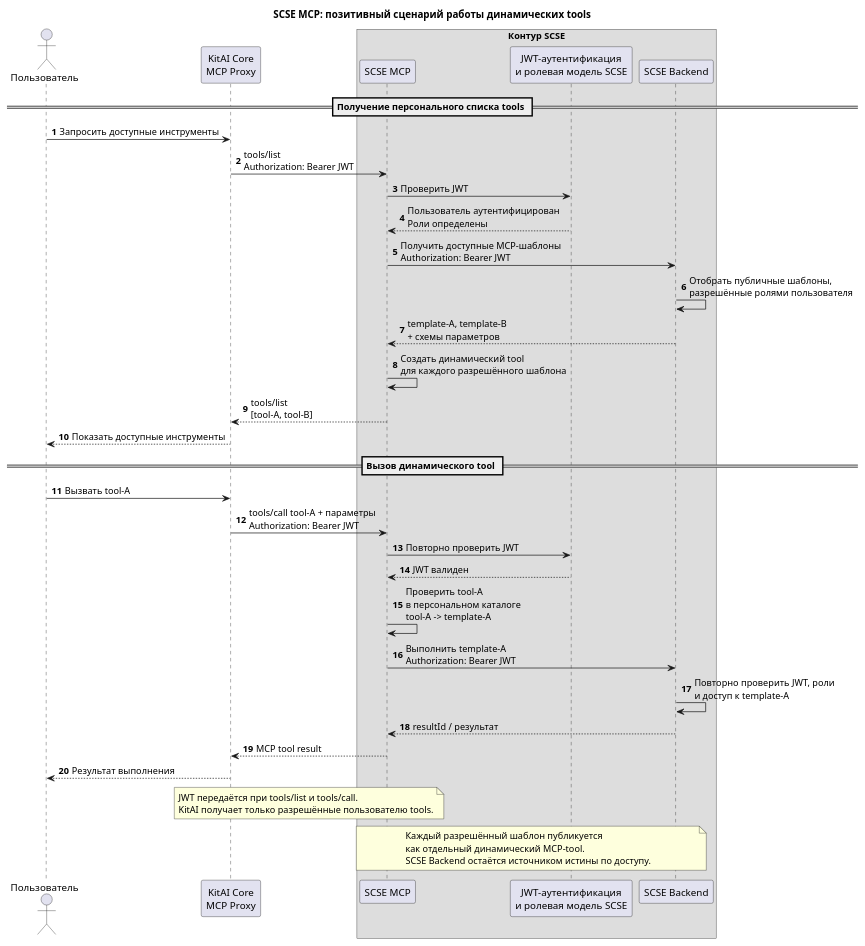
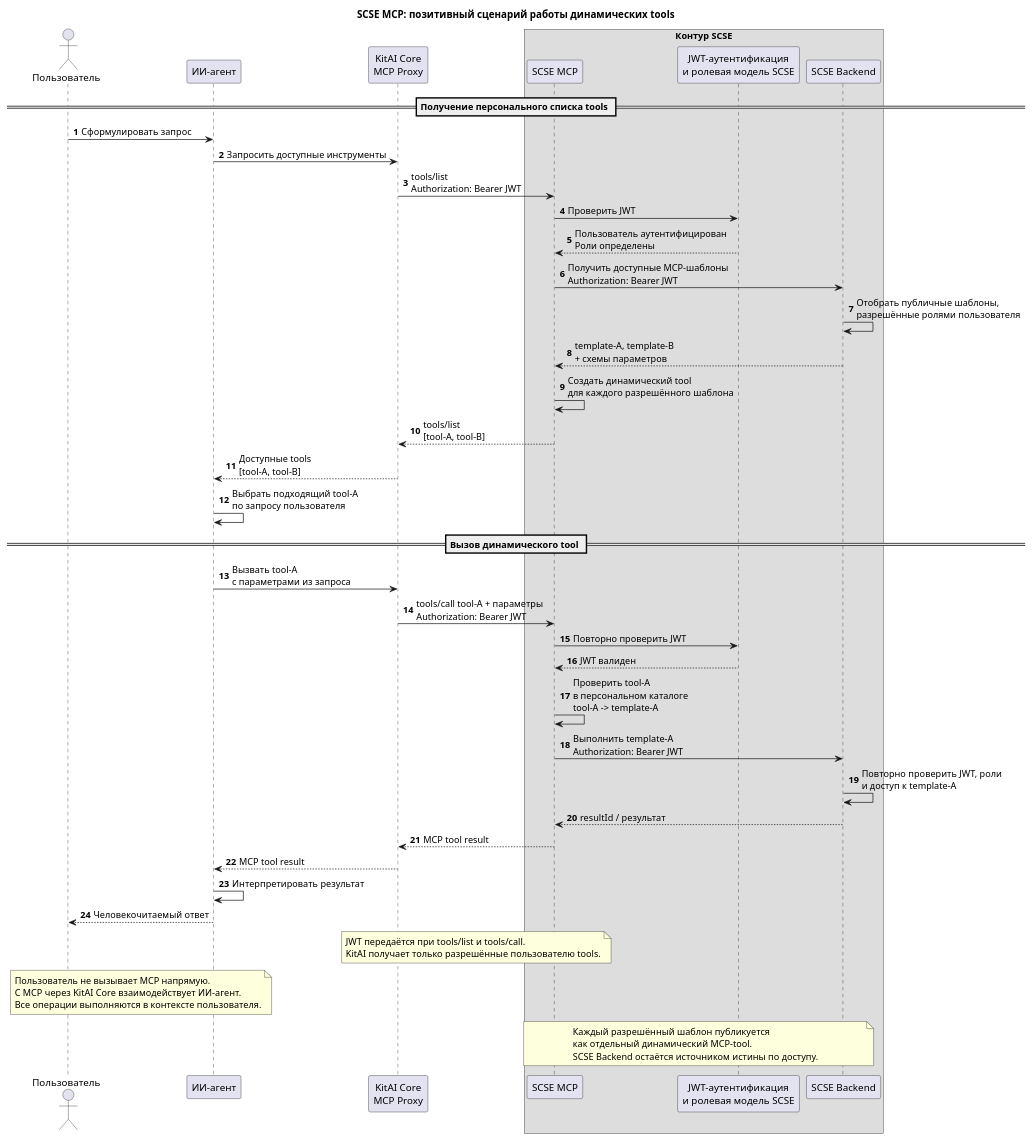
The diagram in docs/kitai-scse-dynamic-tools-positive.puml (VeronikaOxyt/search-service-mcp), drawn with PlantUML before and after one commit. The commit also changed 1 other file, not shown here.

Commit message:
Show AI agent in dynamic tool flows

```diff
--- a/docs/kitai-scse-dynamic-tools-positive.puml
+++ b/docs/kitai-scse-dynamic-tools-positive.puml
@@ -1,59 +1,70 @@
 @startuml
 title SCSE MCP: позитивный сценарий работы динамических tools
 
 autonumber
 
 actor "Пользователь" as User
+participant "ИИ-агент" as Agent
 participant "KitAI Core\nMCP Proxy" as Core
 
 box "Контур SCSE"
     participant "SCSE MCP" as MCP
     participant "JWT-аутентификация\nи ролевая модель SCSE" as Auth
     participant "SCSE Backend" as Backend
 end box
 
 == Получение персонального списка tools ==
 
-User -> Core : Запросить доступные инструменты
+User -> Agent : Сформулировать запрос
+Agent -> Core : Запросить доступные инструменты
 Core -> MCP : tools/list\nAuthorization: Bearer JWT
 
 MCP -> Auth : Проверить JWT
 Auth --> MCP : Пользователь аутентифицирован\nРоли определены
 
 MCP -> Backend : Получить доступные MCP-шаблоны\nAuthorization: Bearer JWT
 Backend -> Backend : Отобрать публичные шаблоны,\nразрешённые ролями пользователя
 Backend --> MCP : template-A, template-B\n+ схемы параметров
 
 MCP -> MCP : Создать динамический tool\nдля каждого разрешённого шаблона
 MCP --> Core : tools/list\n[tool-A, tool-B]
-Core --> User : Показать доступные инструменты
+Core --> Agent : Доступные tools\n[tool-A, tool-B]
+Agent -> Agent : Выбрать подходящий tool-A\nпо запросу пользователя
 
 == Вызов динамического tool ==
 
-User -> Core : Вызвать tool-A
+Agent -> Core : Вызвать tool-A\nс параметрами из запроса
 Core -> MCP : tools/call tool-A + параметры\nAuthorization: Bearer JWT
 
 MCP -> Auth : Повторно проверить JWT
 Auth --> MCP : JWT валиден
 
 MCP -> MCP : Проверить tool-A\nв персональном каталоге\ntool-A -> template-A
 
 MCP -> Backend : Выполнить template-A\nAuthorization: Bearer JWT
 Backend -> Backend : Повторно проверить JWT, роли\nи доступ к template-A
 Backend --> MCP : resultId / результат
 
 MCP --> Core : MCP tool result
-Core --> User : Результат выполнения
+Core --> Agent : MCP tool result
+Agent -> Agent : Интерпретировать результат
+Agent --> User : Человекочитаемый ответ
 
 note over Core,MCP
 JWT передаётся при tools/list и tools/call.
 KitAI получает только разрешённые пользователю tools.
+end note
+
+note over User,Agent
+Пользователь не вызывает MCP напрямую.
+С MCP через KitAI Core взаимодействует ИИ-агент.
+Все операции выполняются в контексте пользователя.
 end note
 
 note over MCP,Backend
 Каждый разрешённый шаблон публикуется
 как отдельный динамический MCP-tool.
 SCSE Backend остаётся источником истины по доступу.
 end note
 
 @enduml
```
